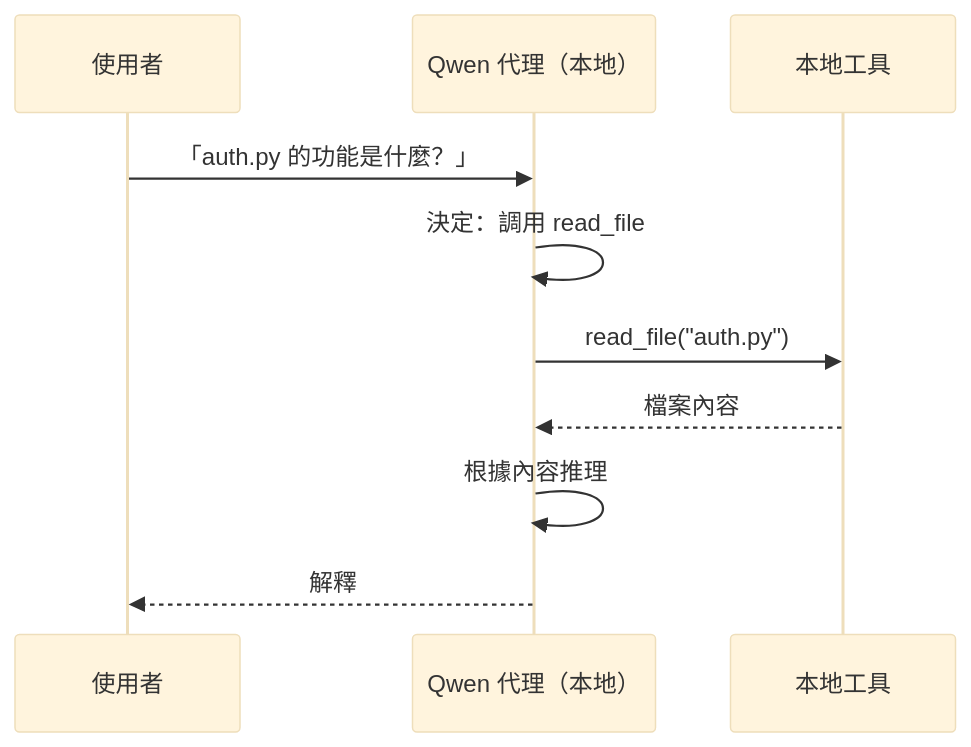
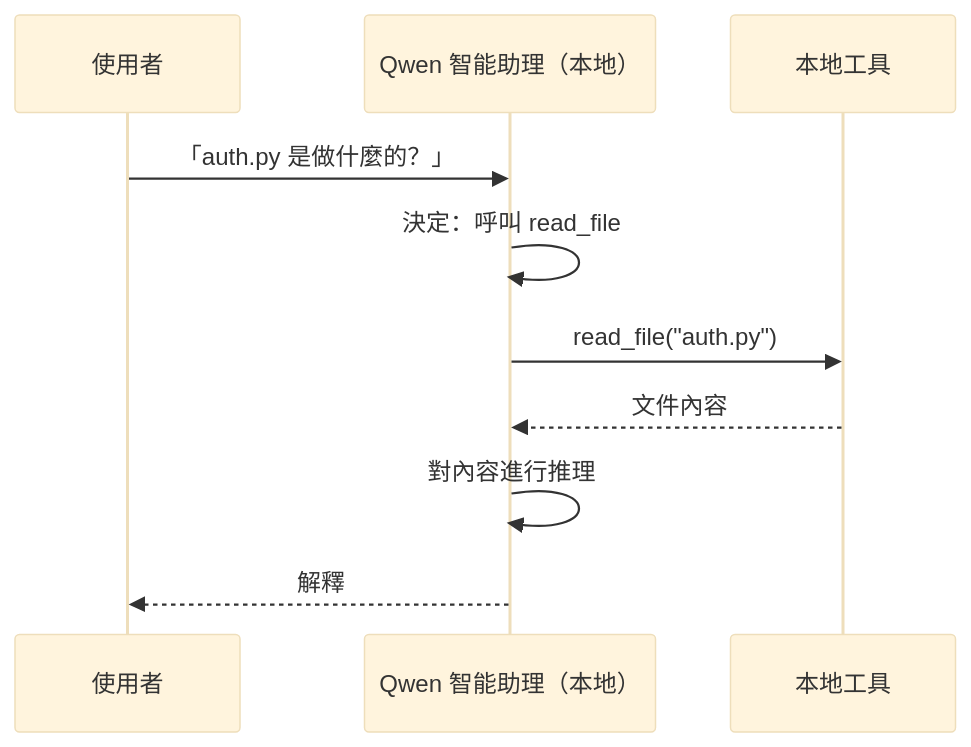
The second of 4 diagrams in translations/zh-HK/17-creating-local-ai-agents/README.md (microsoft/ai-agents-for-beginners), drawn with Mermaid (base theme) before and after one commit. The commit also changed other lines of this file and 44 other files, not shown here.

````diff
--- a/translations/zh-HK/17-creating-local-ai-agents/README.md
+++ b/translations/zh-HK/17-creating-local-ai-agents/README.md
@@ -106,12 +106,12 @@
 ```mermaid
 sequenceDiagram
     participant U as 使用者
-    participant A as Qwen 代理（本地）
+    participant A as Qwen 智能助理（本地）
     participant T as 本地工具
-    U->>A: 「auth.py 的功能是什麼？」
-    A->>A: 決定：調用 read_file
+    U->>A: 「auth.py 是做什麼的？」
+    A->>A: 決定：呼叫 read_file
     A->>T: read_file("auth.py")
-    T-->>A: 檔案內容
-    A->>A: 根據內容推理
+    T-->>A: 文件內容
+    A->>A: 對內容進行推理
     A-->>U: 解釋
 ```
````
